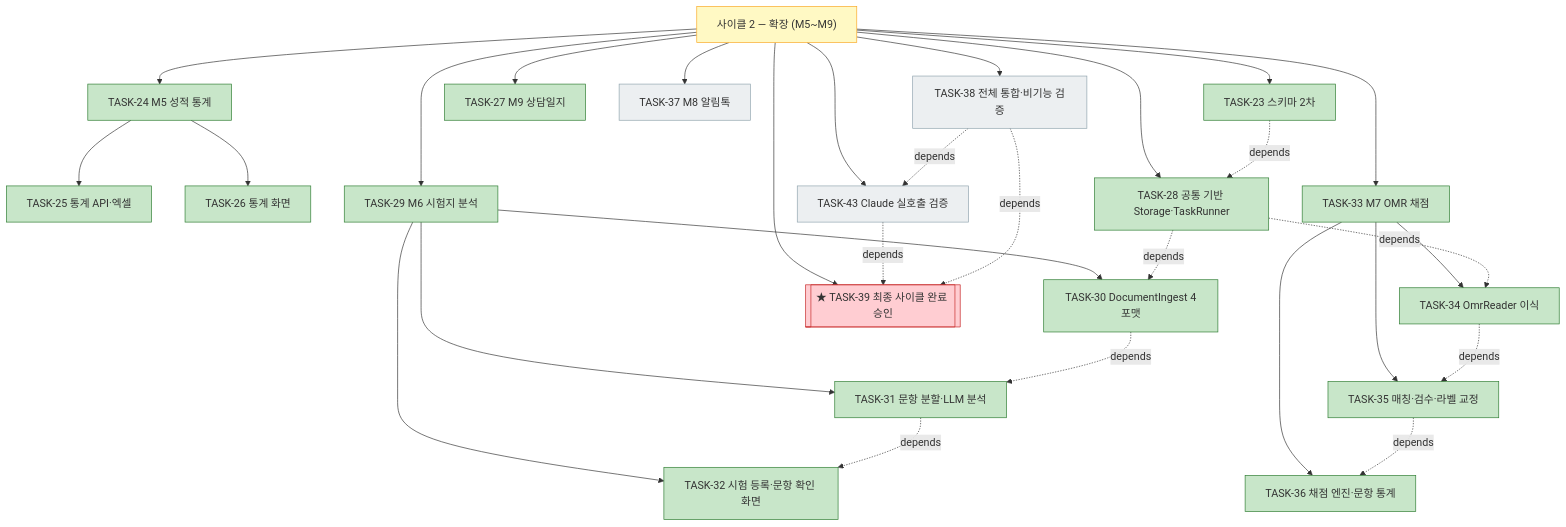
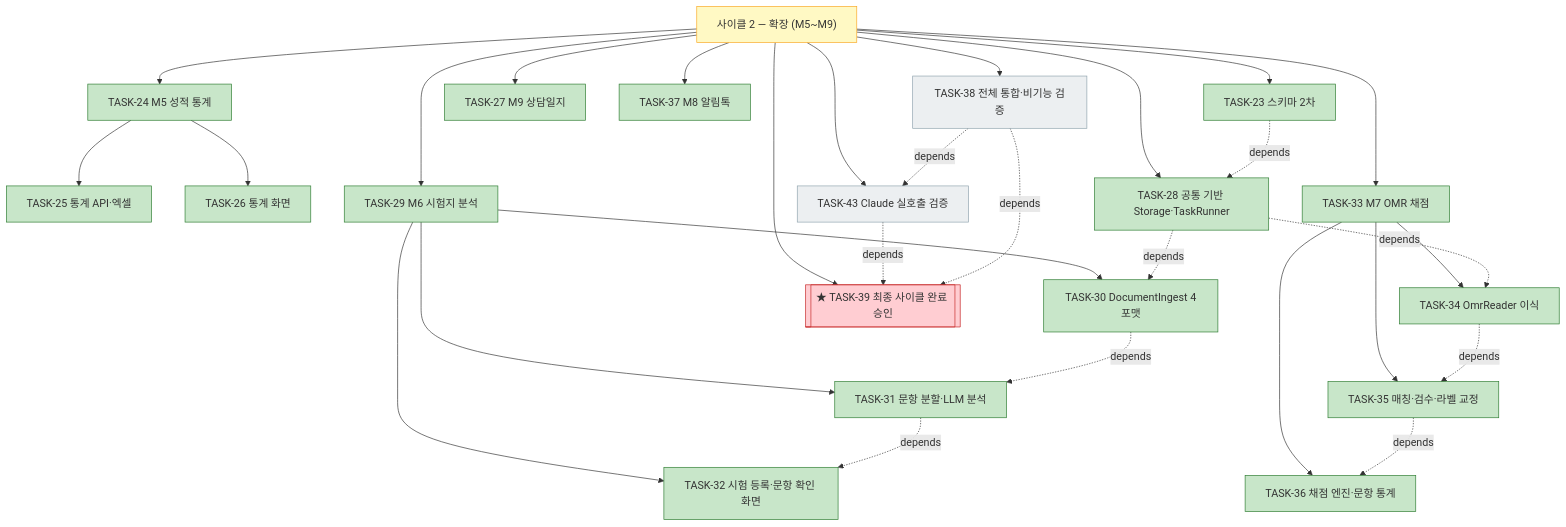
Before and after one commit to bluesky5008/mathdesk: the third of 4 diagrams in docs/plan.md, drawn with Mermaid. The commit also changed other lines of this file and 12 other files, not shown here.

First line of the commit message:
feat: TASK-37 M8 카카오 알림톡 (실발송 미검증)

````diff
--- a/docs/plan.md
+++ b/docs/plan.md
@@ -184,36 +184,36 @@
 ```mermaid
 flowchart TD
     C2["사이클 2 — 확장 (M5~M9)"]:::active
     C2 --> T23["TASK-23 스키마 2차"]:::done
     C2 --> T24["TASK-24 M5 성적 통계"]:::done
     T24 --> T25["TASK-25 통계 API·엑셀"]:::done
     T24 --> T26["TASK-26 통계 화면"]:::done
     C2 --> T27["TASK-27 M9 상담일지"]:::done
     C2 --> T28["TASK-28 공통 기반 Storage·TaskRunner"]:::done
     C2 --> T29["TASK-29 M6 시험지 분석"]:::done
     T29 --> T30["TASK-30 DocumentIngest 4포맷"]:::done
     T29 --> T31["TASK-31 문항 분할·LLM 분석"]:::done
     T29 --> T32["TASK-32 시험 등록·문항 확인 화면"]:::done
     C2 --> T33["TASK-33 M7 OMR 채점"]:::done
     T33 --> T34["TASK-34 OmrReader 이식"]:::done
     T33 --> T35["TASK-35 매칭·검수·라벨 교정"]:::done
     T33 --> T36["TASK-36 채점 엔진·문항 통계"]:::done
-    C2 --> T37["TASK-37 M8 알림톡"]:::todo
+    C2 --> T37["TASK-37 M8 알림톡"]:::done
     C2 --> T38["TASK-38 전체 통합·비기능 검증"]:::todo
     C2 --> T43["TASK-43 Claude 실호출 검증"]:::todo
     C2 --> T39[["★ TASK-39 최종 사이클 완료 승인"]]:::gate
     T23 -. depends .-> T28
     T28 -. depends .-> T30
     T30 -. depends .-> T31
     T31 -. depends .-> T32
     T28 -. depends .-> T34
     T34 -. depends .-> T35
     T35 -. depends .-> T36
     T38 -. depends .-> T43
     T43 -. depends .-> T39
     T38 -. depends .-> T39
     classDef done fill:#c8e6c9,stroke:#2e7d32
     classDef active fill:#fff9c4,stroke:#f9a825
     classDef todo fill:#eceff1,stroke:#90a4ae
     classDef gate fill:#ffcdd2,stroke:#c62828
 ```
````
